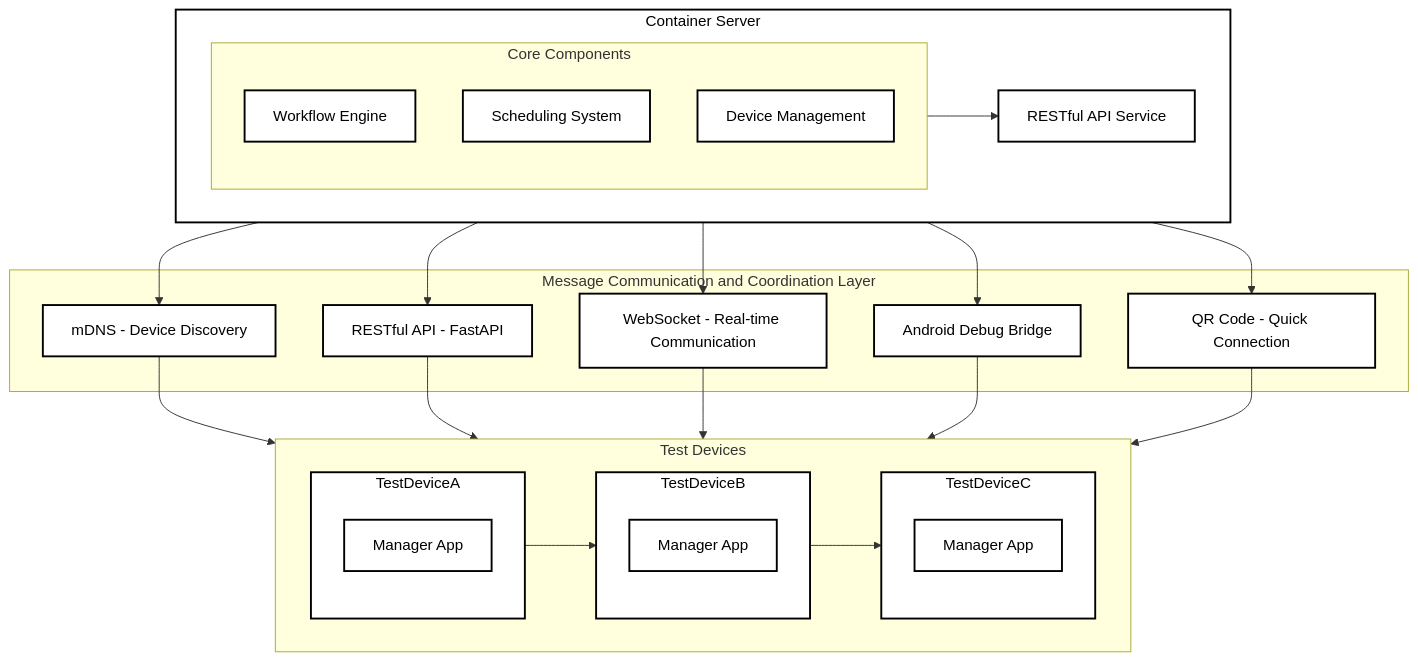
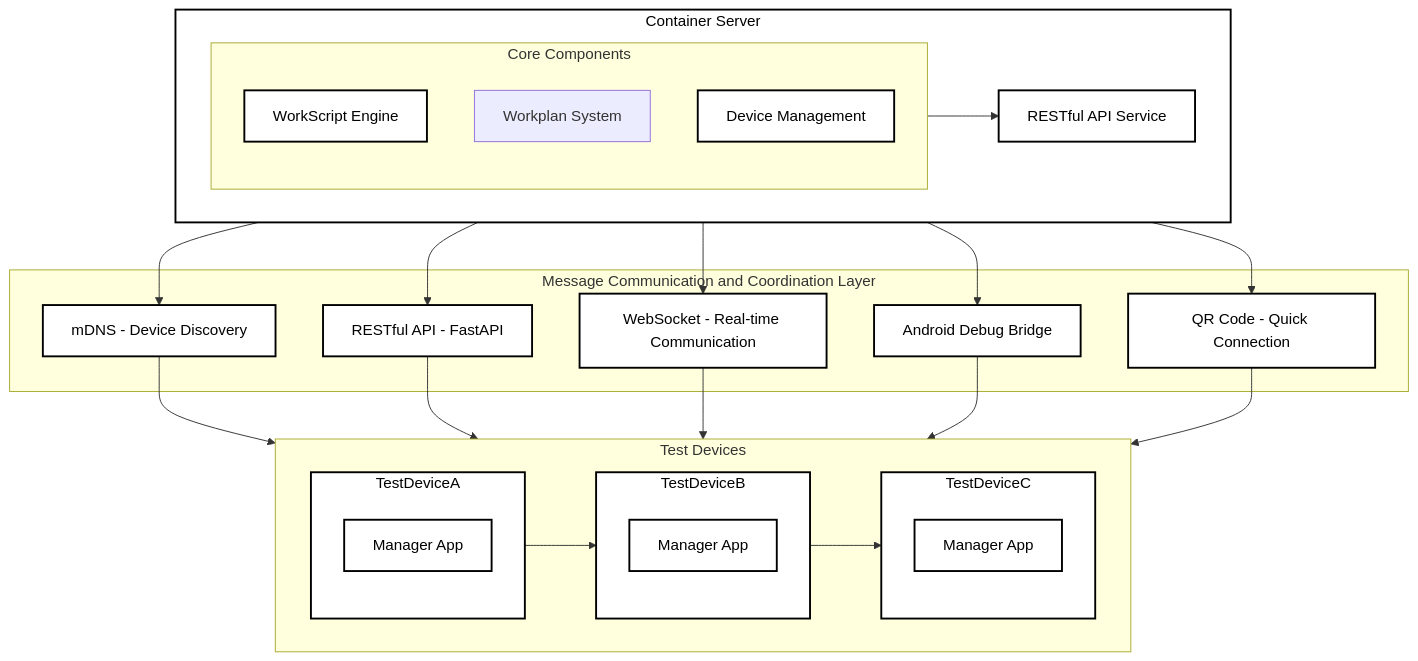
Before and after one commit to terminail/autodroid: the first of 2 diagrams in architecture.md, drawn with Mermaid. The commit also changed other lines of this file and 49 other files, not shown here.

````diff
--- a/architecture.md
+++ b/architecture.md
@@ -5,62 +5,62 @@
 ```mermaid
 flowchart TD
     subgraph ContainerServer[Container Server]
         subgraph CoreComponents[Core Components]
-            WorkflowEngine[Workflow Engine]
-            SchedulingSystem[Scheduling System]
+            WorkScriptEngine[WorkScript Engine]
+            WorkplanSystem[Workplan System]
             DeviceManagement[Device Management]
         end
         
         RESTfulAPI[RESTful API Service]
         
         CoreComponents --> RESTfulAPI
     end
     
     subgraph CommunicationLayer[Message Communication and Coordination Layer]
         mDNS[mDNS - Device Discovery]
         HTTP[RESTful API - FastAPI]
         WebSocket[WebSocket - Real-time Communication]
         ADB[Android Debug Bridge]
         QRCode[QR Code - Quick Connection]
     end
     
     subgraph TestDevices[Test Devices]
         direction LR
         TestDeviceA[Test Device A] --> TestDeviceB[Test Device B] --> TestDeviceC[Test Device C]
         
         subgraph TestDeviceA
             ProxyAppA[Manager App]
         end
         
         subgraph TestDeviceB
             ProxyAppB[Manager App]
         end
         
         subgraph TestDeviceC
             ProxyAppC[Manager App]
         end
     end
     
     ContainerServer --> mDNS
     ContainerServer --> HTTP
     ContainerServer --> WebSocket
     ContainerServer --> ADB
     ContainerServer --> QRCode
 
     mDNS --> TestDevices
     HTTP --> TestDevices
     WebSocket --> TestDevices
     ADB --> TestDevices
     QRCode --> TestDevices
     
     %% Styling - Using black text with white background for better clarity
     classDef container stroke:#000,stroke-width:2px,fill:#fff,color:#000;
     classDef component stroke:#000,stroke-width:2px,fill:#fff,color:#000;
     classDef communication stroke:#000,stroke-width:2px,fill:#fff,color:#000;
     classDef device stroke:#000,stroke-width:2px,fill:#fff,color:#000;
     
     class ContainerServer container;
-    class WorkflowEngine,SchedulingSystem,DeviceManagement,RESTfulAPI component;
+    class WorkScriptEngine,SchedulingSystem,DeviceManagement,RESTfulAPI component;
     class mDNS,HTTP,WebSocket,ADB,QRCode communication;
     class TestDeviceA,TestDeviceB,TestDeviceC,ProxyAppA,ProxyAppB,ProxyAppC device;
 ```
````
